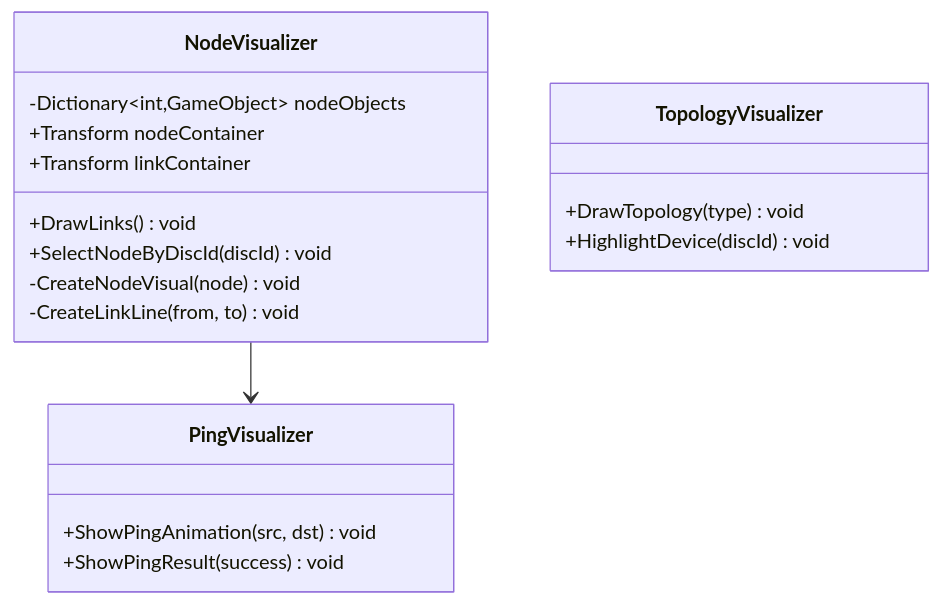
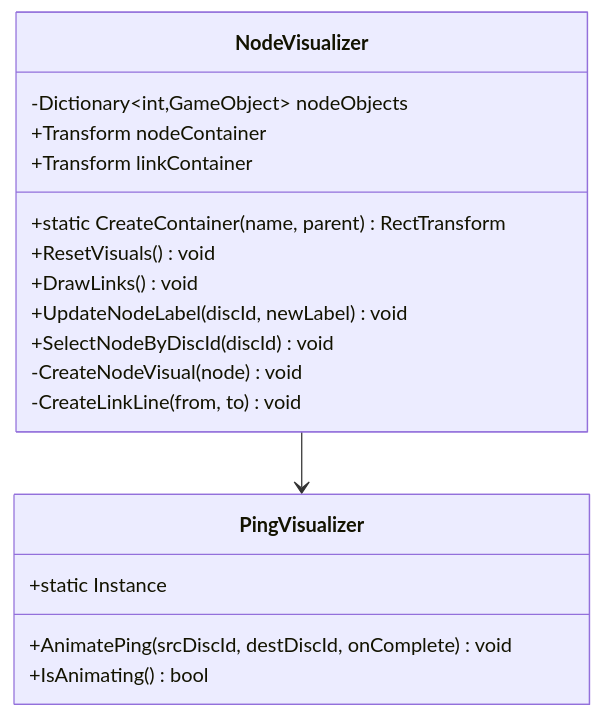
Before and after one commit to Josmarinr/ProyectoGI_SimuladorRedesIDEUM: the third of 4 diagrams in docs/diagrams/mermaid/05-class-ui.md, drawn with Mermaid. The commit also changed other lines of this file and 28 other files, not shown here.

````diff
--- a/docs/diagrams/mermaid/05-class-ui.md
+++ b/docs/diagrams/mermaid/05-class-ui.md
@@ -110,24 +110,23 @@
 ```mermaid
 classDiagram
     class NodeVisualizer {
         -Dictionary~int,GameObject~ nodeObjects
         +Transform nodeContainer
         +Transform linkContainer
+        +static CreateContainer(name, parent) RectTransform
+        +ResetVisuals() void
         +DrawLinks() void
+        +UpdateNodeLabel(discId, newLabel) void
         +SelectNodeByDiscId(discId) void
         -CreateNodeVisual(node) void
         -CreateLinkLine(from, to) void
     }
 
     class PingVisualizer {
-        +ShowPingAnimation(src, dst) void
-        +ShowPingResult(success) void
-    }
-
-    class TopologyVisualizer {
-        +DrawTopology(type) void
-        +HighlightDevice(discId) void
+        +static Instance
+        +AnimatePing(srcDiscId, destDiscId, onComplete) void
+        +IsAnimating() bool
     }
 
     NodeVisualizer --> PingVisualizer
 ```
````
